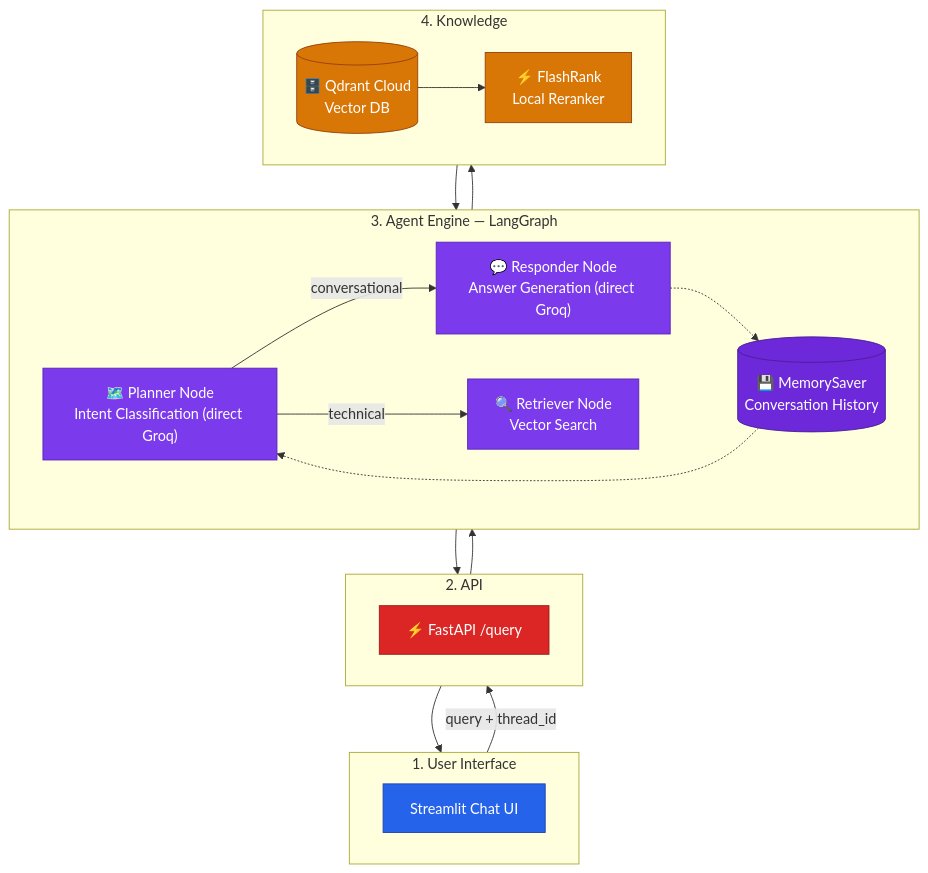
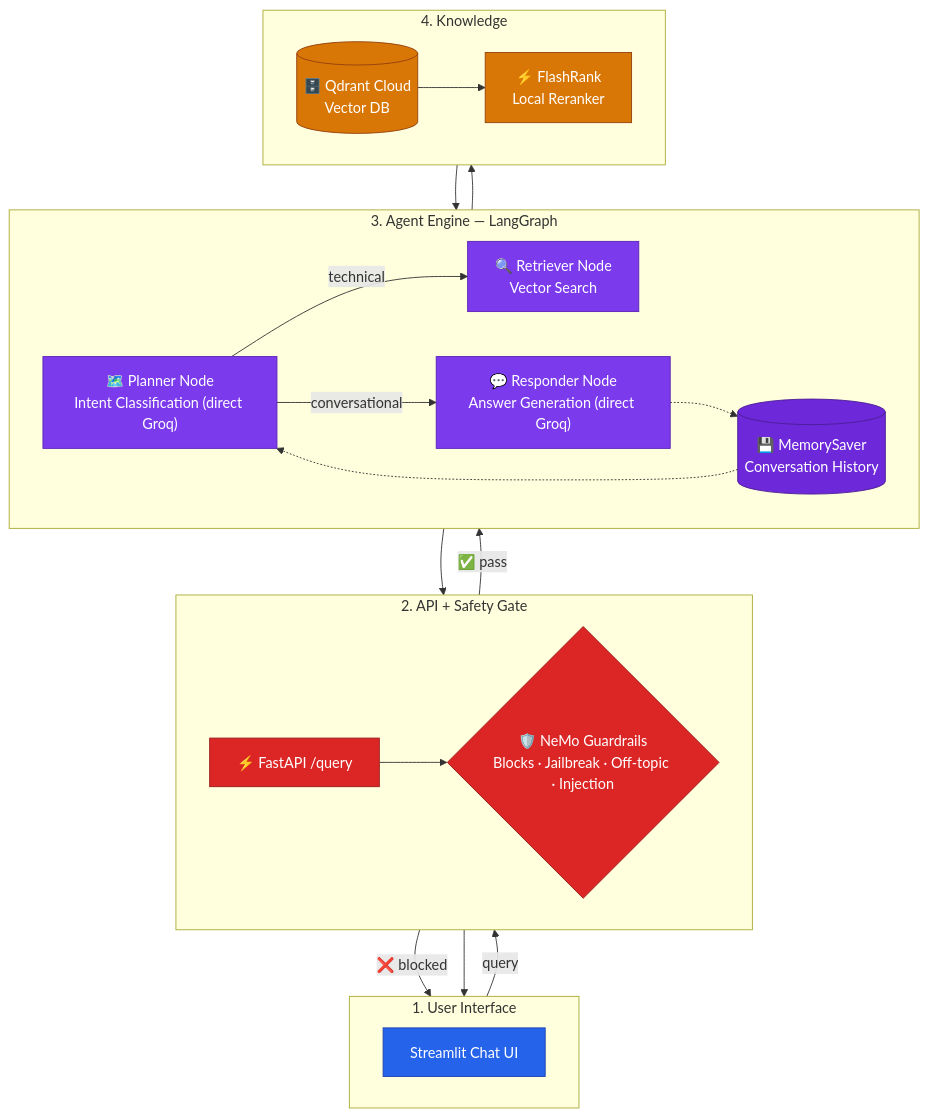
Before and after one commit to krunalp1908/Build-Production-Grade-RAG---Application: the diagram in ARCHITECTURE.md, drawn with Mermaid. The commit also changed other lines of this file and 9 other files, not shown here.

````diff
--- a/ARCHITECTURE.md
+++ b/ARCHITECTURE.md
@@ -7,51 +7,54 @@
 ```mermaid
 graph TB
 
     subgraph UI ["1. User Interface"]
         direction LR
         CHAT["Streamlit Chat UI"]
     end
 
-    subgraph SAFETY ["2. API"]
+    subgraph SAFETY ["2. API + Safety Gate"]
         direction LR
         API["⚡ FastAPI  /query"]
+        GR{"🛡️ NeMo Guardrails\nBlocks · Jailbreak · Off-topic · Injection"}
     end
 
     subgraph AGENT ["3. Agent Engine — LangGraph"]
         direction LR
         PL["🗺️ Planner Node\nIntent Classification (direct Groq)"]
         RT["🔍 Retriever Node\nVector Search"]
         RS["💬 Responder Node\nAnswer Generation (direct Groq)"]
         MEM[("💾 MemorySaver\nConversation History")]
     end
 
     subgraph KNOWLEDGE ["4. Knowledge"]
         direction LR
         QD[("🗄️ Qdrant Cloud\nVector DB")]
         FR["⚡ FlashRank\nLocal Reranker"]
     end
 
-    CHAT -->|query + thread_id| API
-    API --> PL
+    CHAT -->|query| API
+    API --> GR
+    GR -->|"❌ blocked"| CHAT
+    GR -->|"✅ pass"| PL
+    PL -->|technical| RT
     PL -->|conversational| RS
-    PL -->|technical| RT
     RT --> QD
     QD --> FR
     FR --> RS
     RS --> API
     API --> CHAT
     RS -.-> MEM
     MEM -.-> PL
 
     classDef ui        fill:#2563EB,stroke:#1E40AF,color:#fff
     classDef safety    fill:#DC2626,stroke:#991B1B,color:#fff
     classDef agent     fill:#7C3AED,stroke:#5B21B6,color:#fff
     classDef knowledge fill:#D97706,stroke:#92400E,color:#fff
     classDef memory    fill:#6D28D9,stroke:#4C1D95,color:#fff
 
     class CHAT ui
-    class API safety
+    class API,GR safety
     class PL,RT,RS agent
     class QD,FR knowledge
     class MEM memory
 ```
````
